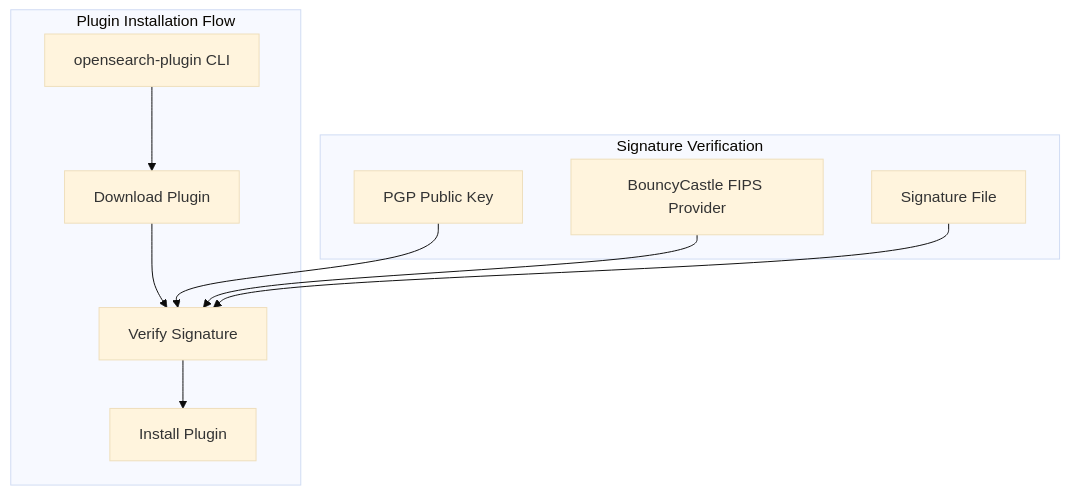
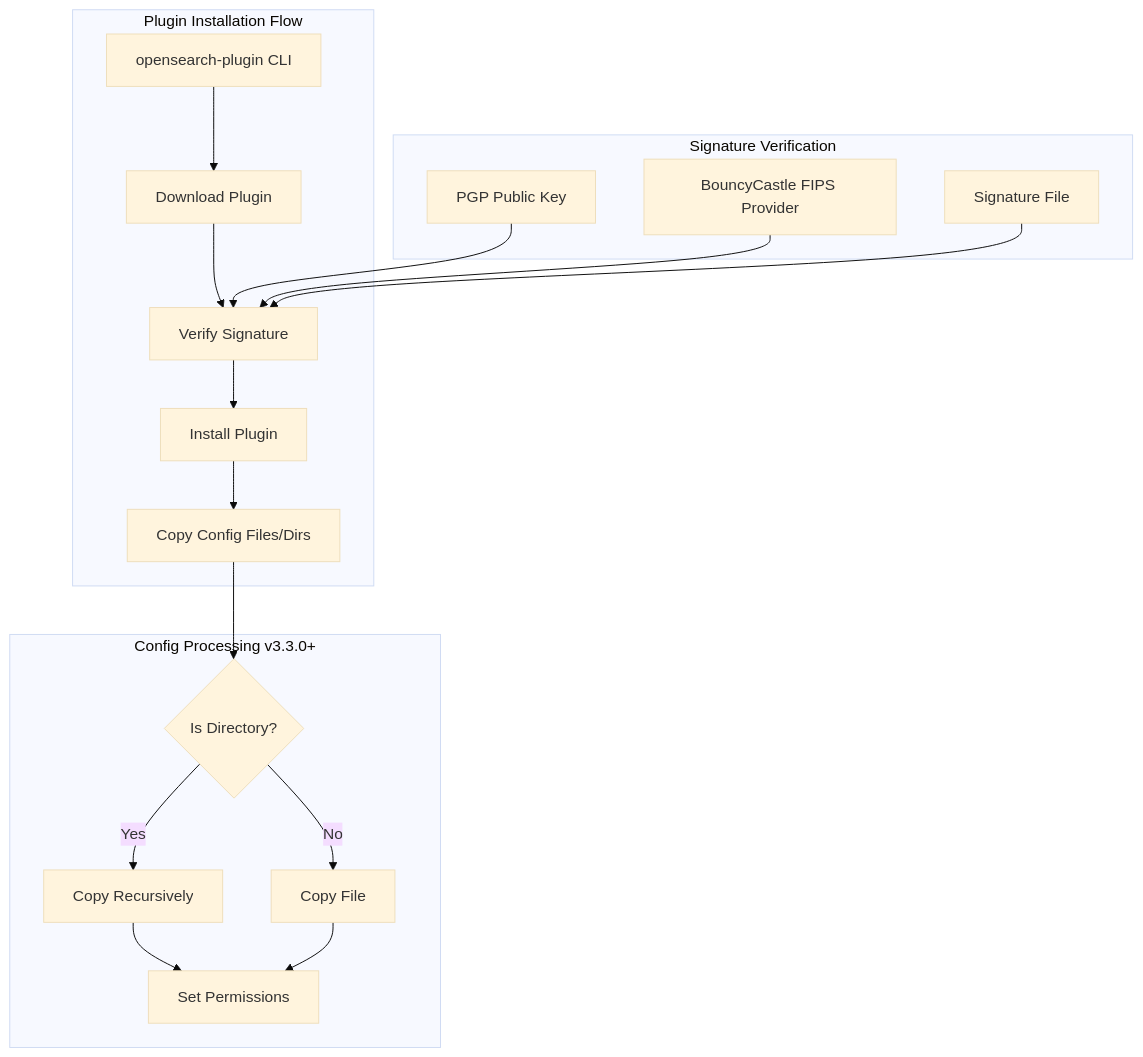
One commit to tkykenmt/opensearch-feature-explorer changed the diagram in docs/features/opensearch/plugin-installation.md. Above: the diagram before and after it, drawn with Mermaid (base theme). The commit also changed other lines of this file and 2 other files, not shown here.

Commit message:
docs: add plugin-installation report for v3.3.0 (#1491)

````diff
--- a/docs/features/opensearch/plugin-installation.md
+++ b/docs/features/opensearch/plugin-installation.md
@@ -11,23 +11,37 @@
 ```mermaid
 graph TB
     subgraph "Plugin Installation Flow"
         CLI[opensearch-plugin CLI]
         Download[Download Plugin]
         Verify[Verify Signature]
         Install[Install Plugin]
+        Config[Copy Config Files/Dirs]
     end
     
     subgraph "Signature Verification"
         PGP[PGP Public Key]
         BC[BouncyCastle FIPS Provider]
         SIG[Signature File]
     end
     
+    subgraph "Config Processing v3.3.0+"
+        Check{Is Directory?}
+        CopyDir[Copy Recursively]
+        CopyFile[Copy File]
+        Perms[Set Permissions]
+    end
+    
     CLI --> Download
     Download --> Verify
     Verify --> Install
+    Install --> Config
+    Config --> Check
+    Check -->|Yes| CopyDir
+    Check -->|No| CopyFile
+    CopyDir --> Perms
+    CopyFile --> Perms
     
     PGP --> Verify
     BC --> Verify
     SIG --> Verify
 ```
````
